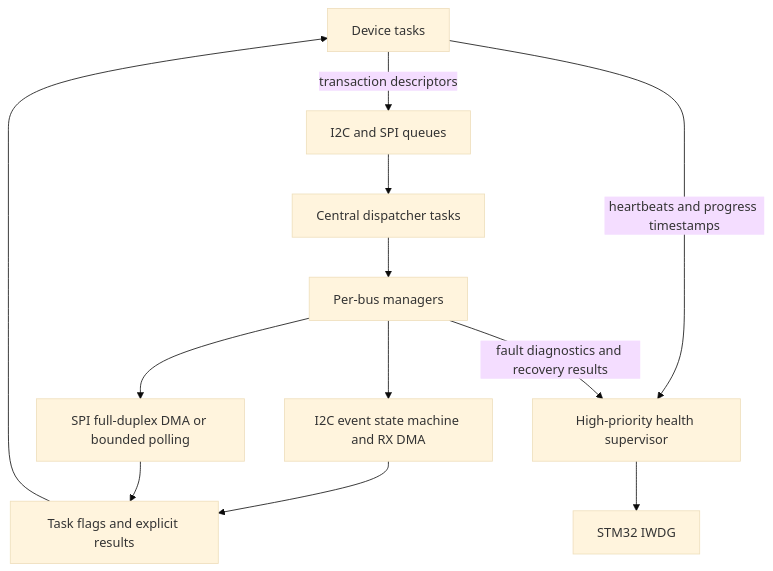
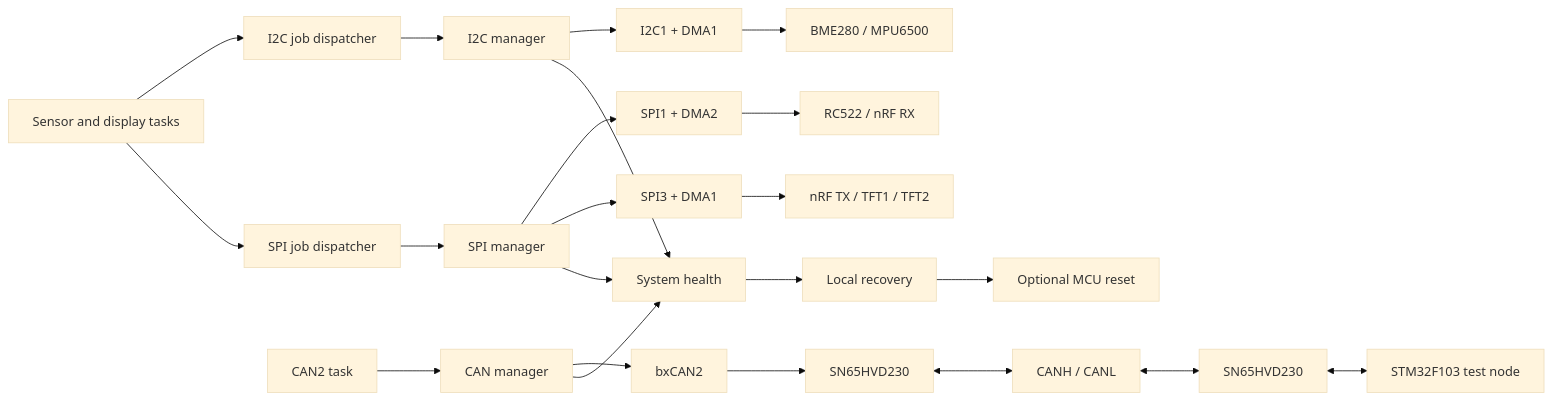
One commit to mechacoredev/stm32f4-freertos-multi-device-hub changed the diagram in README.md. Above: the diagram before and after it, drawn with Mermaid (base theme). The commit also changed other lines of this file and 27 other files, not shown here.

Commit message:
Update multi-device integration and health monitoring

````diff
--- a/README.md
+++ b/README.md
@@ -26,14 +28,28 @@
 ```mermaid
-flowchart TD
-    Sensors[Device tasks] -->|transaction descriptors| Queues[I2C and SPI queues]
-    Queues --> Dispatchers[Central dispatcher tasks]
-    Dispatchers --> Managers[Per-bus managers]
-    Managers --> I2C[I2C event state machine and RX DMA]
-    Managers --> SPI[SPI full-duplex DMA or bounded polling]
-    I2C --> Notify[Task flags and explicit results]
-    SPI --> Notify
-    Notify --> Sensors
-    Health[High-priority health supervisor] --> Watchdog[STM32 IWDG]
-    Sensors -->|heartbeats and progress timestamps| Health
-    Managers -->|fault diagnostics and recovery results| Health
+flowchart LR
+    Sensors[Sensor and display tasks] --> I2CQ[I2C job dispatcher]
+    Sensors --> SPIQ[SPI job dispatcher]
+    CANApp[CAN2 task] --> CANM[CAN manager]
+
+    I2CQ --> I2CM[I2C manager]
+    SPIQ --> SPIM[SPI manager]
+
+    I2CM --> I2C1[I2C1 + DMA1]
+    SPIM --> SPI1[SPI1 + DMA2]
+    SPIM --> SPI3[SPI3 + DMA1]
+    CANM --> CAN2[bxCAN2]
+
+    I2C1 --> I2CDevices[BME280 / MPU6500]
+    SPI1 --> SPI1Devices[RC522 / nRF RX]
+    SPI3 --> SPI3Devices[nRF TX / TFT1 / TFT2]
+    CAN2 --> PHY1[SN65HVD230]
+    PHY1 <--> Bus[CANH / CANL]
+    Bus <--> PHY2[SN65HVD230]
+    PHY2 <--> F103[STM32F103 test node]
+
+    I2CM --> Health[System health]
+    SPIM --> Health
+    CANM --> Health
+    Health --> Recovery[Local recovery]
+    Recovery --> Reset[Optional MCU reset]
 ```
````
